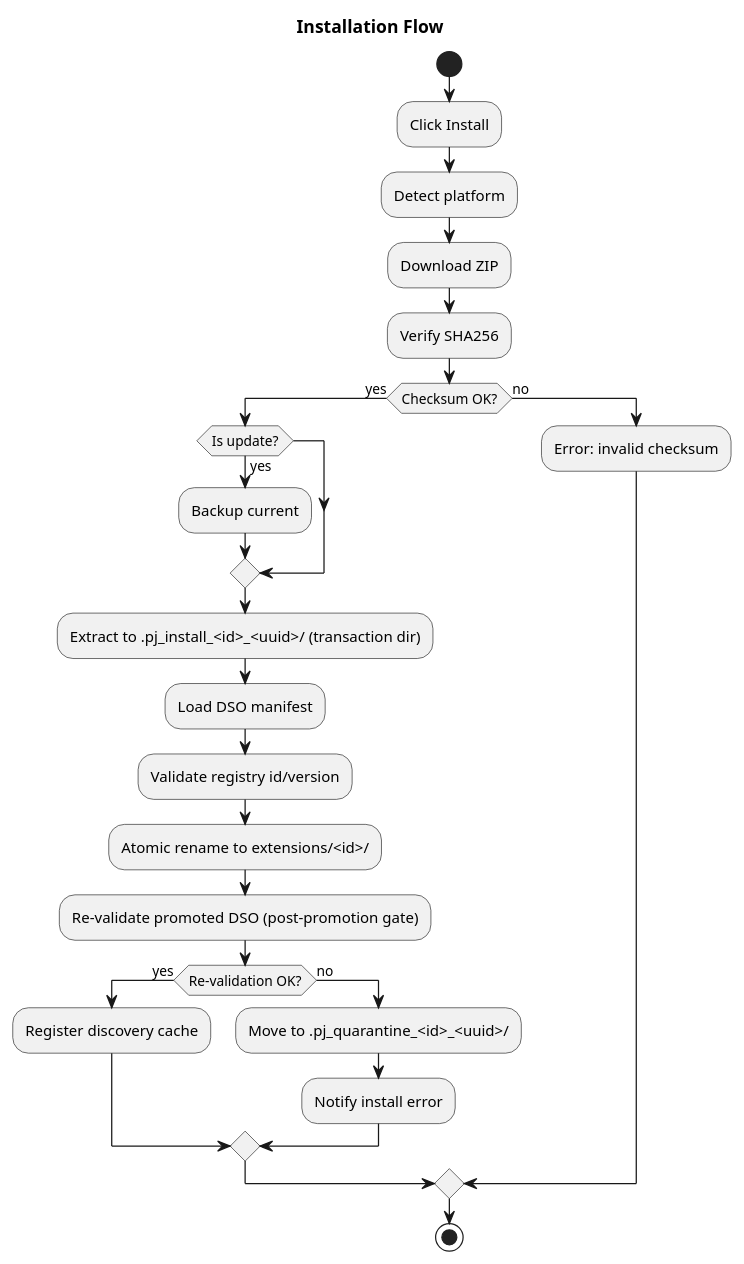
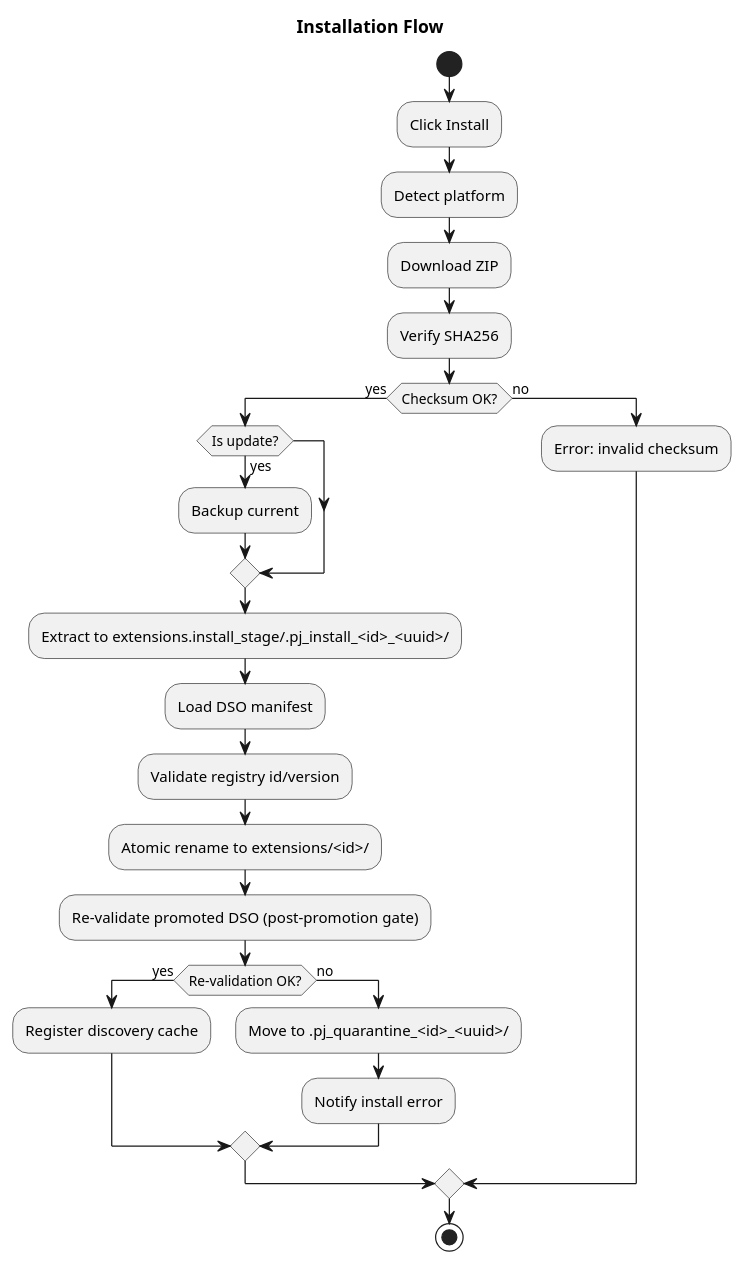
Before and after one commit to ferrolho/PlotJuggler: the second of 4 diagrams in pj_marketplace/docs/ARCHITECTURE.md, drawn with PlantUML. The commit also changed other lines of this file and 4 other files, not shown here.

First line of the commit message:
fix(marketplace): create install transaction roots outside the scanned extensions tree (#547)

````diff
--- a/pj_marketplace/docs/ARCHITECTURE.md
+++ b/pj_marketplace/docs/ARCHITECTURE.md
@@ -273,31 +277,31 @@
 ```plantuml
 @startuml
 skinparam backgroundColor white
 title Installation Flow
 
 start
 :Click Install;
 :Detect platform;
 :Download ZIP;
 :Verify SHA256;
 if (Checksum OK?) then (yes)
   if (Is update?) then (yes)
     :Backup current;
   endif
-  :Extract to .pj_install_<id>_<uuid>/ (transaction dir);
+  :Extract to extensions.install_stage/.pj_install_<id>_<uuid>/;
   :Load DSO manifest;
   :Validate registry id/version;
   :Atomic rename to extensions/<id>/;
   :Re-validate promoted DSO (post-promotion gate);
   if (Re-validation OK?) then (yes)
     :Register discovery cache;
   else (no)
     :Move to .pj_quarantine_<id>_<uuid>/;
     :Notify install error;
   endif
 else (no)
   :Error: invalid checksum;
 endif
 stop
 @enduml
 ```
````
